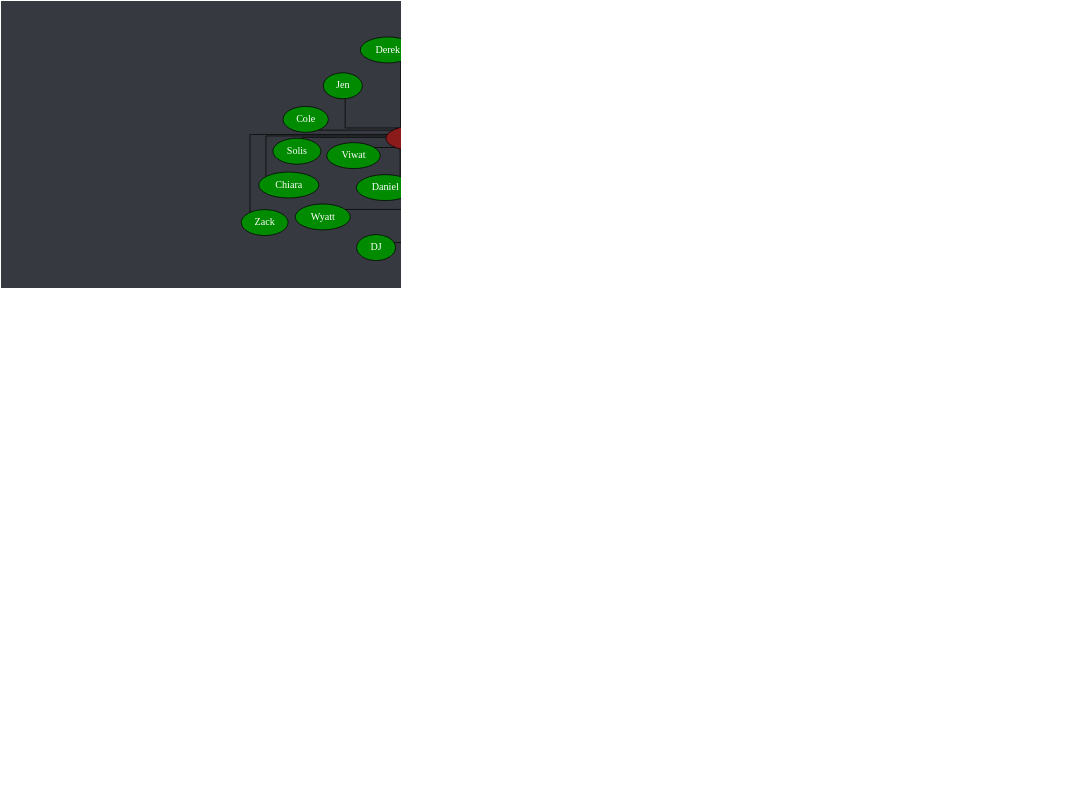
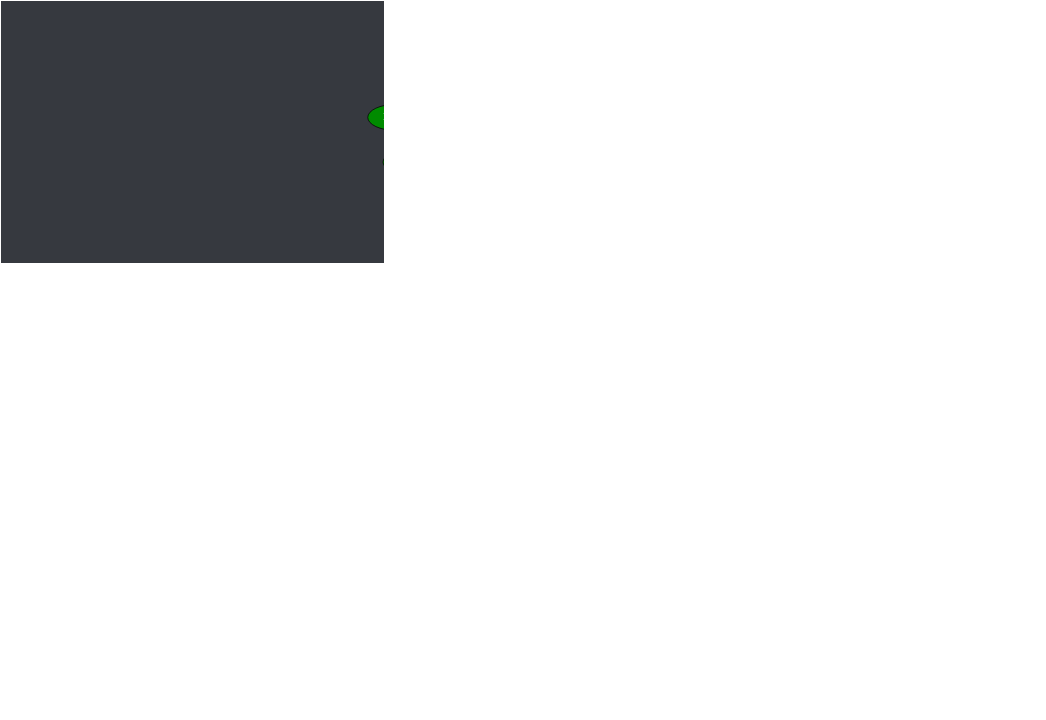
One commit to Documidas/CoronaCatzFamilyTree changed the diagram in tree.dot. Above: the diagram before and after it, drawn with Graphviz. The commit also changed 1 other file, not shown here.

Commit message:
Add Olivia

```diff
--- a/tree.dot
+++ b/tree.dot
@@ -1,182 +1,183 @@
 strict graph {
 	// Layout Configuration
 	layout = neato;
 	dpi = 200;
 	epsilon = 0.01;
 	mode = major;
 	model = subset;
 	overlap = false;
 	splines = ortho;
 	start = rand;
 
 	// Visual Configuration
 	graph [ truecolor=true bgcolor="#36393f" ];
 	node [ style=filled fillcolor="gray" fontcolor="black" ];
 
 	subgraph "Joel" {
 		node [ style=filled fillcolor="firebrick4" fontcolor="white" ];
 		Joel [ style=filled fillcolor="gold" fontcolor="black" ];
 
 		Cayla -- Ali;
 		Cayla -- Jake;
 		Cayla -- Jonathan;
 		Cayla -- "Nick.1";
 		Cayla -- Ranger;
 		Cayla -- Ross;
 		Joel -- Anders;
 		Joel -- Austin;
 		Joel -- Cayla;
 		Joel -- Jared;
 		Joel -- Patrick;
 		Joel -- Steven;
 		Joel -- Zachry;
 		Zachry -- Syd;
 	}
 
 	subgraph "Anders" {
 		node [ style=filled fillcolor="green4" fontcolor="white" ];
 		// Anders [ style=filled fillcolor="green4" fontcolor="white" ];
 
 		Anders -- Chiara;
 		Anders -- "Cody.1";
 		Anders -- Cole;
 		Anders -- Daniel;
 		Anders -- Derek;
 		Anders -- DJ;
 		Anders -- Jen;
 		Anders -- "Matt.2";
 		Anders -- Solis;
 		Anders -- Wyatt;
 		Anders -- Viwat;
 		Anders -- "Zach.0";
 		Anders -- Zack;
 	}
 
 	subgraph "Jared" {
 		node [ style=filled fillcolor="royalblue" fontcolor="black" ];
 		// Jared [ style=filled fillcolor="royalblue" fontcolor="black" ];
 
 		Aly -- "Nick.2";
 		America -- "Kat.2";
 		Brandi -- Justine;
 		"Bryan.1" -- "Brandon.2";
 		"Bryan.1" -- "Cody.2";
 		"Bryan.1" -- Lori;
 		"Bryan.1" -- "Matt.3";
 		"Bryan.1" -- Nebtune;
 		Donnie -- Aiyo;
 		Donnie -- "Alex.2";
 		Donnie -- Aresty;
 		Donnie -- "Bryan.1";
 		Donnie -- Hua;
 		Donnie -- Mello;
 		Donnie -- Mia;
 		Donnie -- Mimi;
 		Donnie -- Moon;
 		Donnie -- "Nick.2";
 		Donnie -- Naomi;
 		Donnie -- Serge;
 		Donnie -- Vala;
 		Gaby -- "Chris.2";
 		Lori -- "Brandon.1";
 		Jared -- Alexander;
 		Jared -- Ben;
 		Jared -- Brandi;
 		Jared -- "Carter-1.0";
 		Jared -- Chad;
 		Jared -- Dave;
 		Jared -- Donnie;
 		Jared -- Em;
 		Jared -- Fabi;
 		Jared -- Frank;
 		Jared -- Hannah;
 		Jared -- "John Boi";
 		Jared -- "Josh.2";
 		Jared -- Mason;
 		Jared -- "Matt.1";
 		Jared -- Mehmet;
 		Jared -- Nam;
 		Jared -- Pixie;
 		Jared -- Spencer;
 		Jared -- Tyler;
 		Jared -- "Zach/Laniakea";
 		Jared -- Zoe;
 		"John Boi" -- Hardie;
 		Mimi -- Hia;
 		Moon -- "Brandon.3";
 		Tyler -- Aly;
 		Tyler -- "Alex.3";
 		Tyler -- America;
 		Tyler -- "Bryan.2";
 		Tyler -- Gaby;
 		Zoe -- Aiden;
 	}
 
 	subgraph "Zach/Laniakea" {
 		node [ style=filled fillcolor="#4eff2c" fontcolor="black" ];
 		// "Zach/Laniakea" [ style=filled fillcolor="#4eff2c" fontcolor="black" ];
 
 		"Caio.2" -- "Kyle.1";
 		"Caio.2" -- Lucas;
 		"Ryan/Des" -- Marcus;
 		"Zach/Laniakea" -- "Caio.2";
 		"Zach/Laniakea" -- John;
 		"Zach/Laniakea" -- "Logan.1";
 		"Zach/Laniakea" -- Kevin;
 		"Zach/Laniakea" -- Kody;
 		"Zach/Laniakea" -- "Kyle.0";
 		"Zach/Laniakea" -- Mike;
 		"Zach/Laniakea" -- "Ryan/Des";
 		"Zach/Laniakea" -- "Ryan/Winters";
 		"Ryan/Winters" -- "Zach.1";
 	}
 
 	subgraph "John" {
 		node [ style=filled fillcolor="#c89b3c" fontcolor="black" ];
 		// John [ style=filled fillcolor="#c89b3c" fontcolor="black" ];
 
 		Jay -- "Logan.2";
 		John -- Anna;
 		John -- Emily;
 		John -- Haber;
 		John -- Jay;
 		John -- "Jack.1";
 		John -- Lara;
 		John -- "Thomas.1";
 	}
 
 	subgraph "Thomas.1" {
 		node [ style=filled fillcolor="#b04900" fontcolor="black" ];
 		// "Thomas.1" [ style=filled fillcolor="#b04900" fontcolor="black" ];
 
 		"Da'Von" -- Dalton;
 		"Da'Von" -- Jon;
 		"Da'Von" -- Karma;
 		"Da'Von" -- Zeller;
 		Dalton -- "Carter.2";
 		"Thomas.1" -- Alex;
 		"Thomas.1" -- "Da'Von";
 		"Thomas.1" -- Dre;
 		"Thomas.1" -- "Josh.1";
 		"Thomas.1" -- "Tony.1";
 	}
 
 	subgraph "Alex" {
 		node [ style=filled fillcolor="#6f2da8" fontcolor="white" ];
 		// Alex [ style=filled fillcolor="#6f2da8" fontcolor="black" ];
 
 		Alex -- "Alex/Blitt";
 		Alex -- Sam;
 		"Alex/Blitt" -- Brian;
 		"Alex/Blitt" -- Dan;
 		"Alex/Blitt" -- Gabriel;
 		"Alex/Blitt" -- Joey;
 		"Alex/Blitt" -- "Kyle.3";
 		"Alex/Blitt" -- Mikael;
 		"Alex/Blitt" -- Nathan;
 		"Alex/Blitt" -- Nolan;
 		"Alex/Blitt" -- "Ryan.1";
 		Gabriel -- Rin;
 		Gabriel -- "Ryan.2";
+		Rin -- Olivia;
 	}
 }
```
